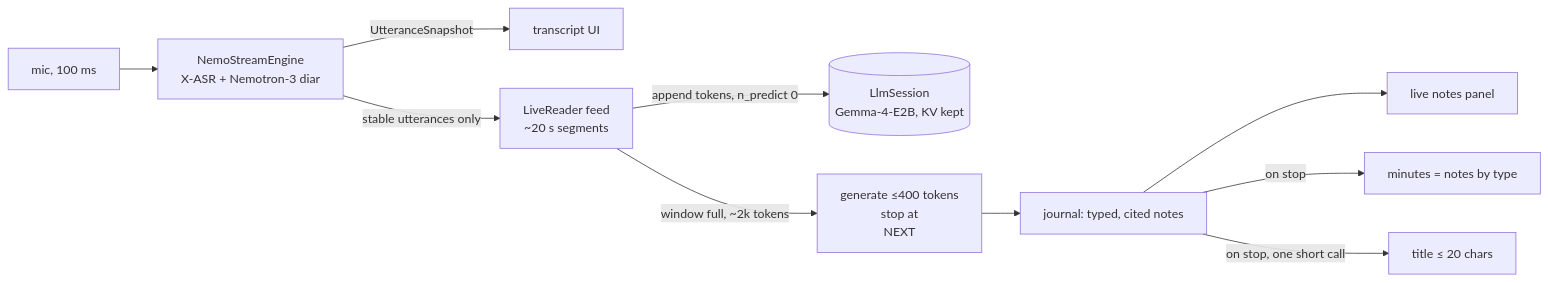
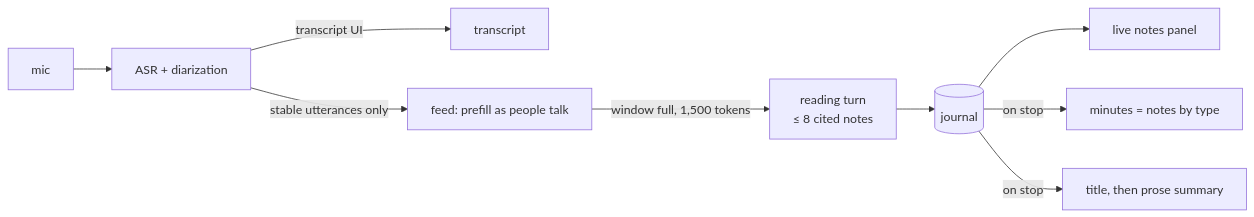
One commit to vieenrose/meeting-summarizer changed the diagram in docs/voxsumdroid-integration.md. Above: the diagram before and after it, drawn with Mermaid. The commit also changed other lines of this file and 2 other files, not shown here.

Commit message:
Integration note: mobile-v2 only; earlier versions archived in docs/integration-previous-versions.md

````diff
--- a/docs/voxsumdroid-integration.md
+++ b/docs/voxsumdroid-integration.md
@@ -31,12 +47,11 @@
 ```mermaid
 flowchart LR
-    MIC[mic, 100 ms] --> ENG[NemoStreamEngine<br/>X-ASR + Nemotron-3 diar]
-    ENG -->|UtteranceSnapshot| UI[transcript UI]
-    ENG -->|stable utterances only| FEED[LiveReader feed<br/>~20 s segments]
-    FEED -->|append tokens, n_predict 0| LLM[(LlmSession<br/>Gemma-4-E2B, KV kept)]
-    FEED -->|window full, ~2k tokens| TURN[generate ≤400 tokens<br/>stop at \nNEXT]
-    TURN --> NOTES[journal: typed, cited notes]
-    NOTES --> UI2[live notes panel]
-    NOTES -->|on stop| MIN[minutes = notes by type]
-    NOTES -->|on stop, one short call| TTL[title ≤ 20 chars]
+    MIC[mic] --> ASR[ASR + diarization]
+    ASR -->|transcript UI| UI[transcript]
+    ASR -->|stable utterances only| FEED[feed: prefill as people talk]
+    FEED -->|window full, 1,500 tokens| TURN[reading turn<br/>≤ 8 cited notes]
+    TURN --> J[(journal)]
+    J --> LIVE[live notes panel]
+    J -->|on stop| MIN[minutes = notes by type]
+    J -->|on stop| TP[title, then prose summary]
 ```
````
